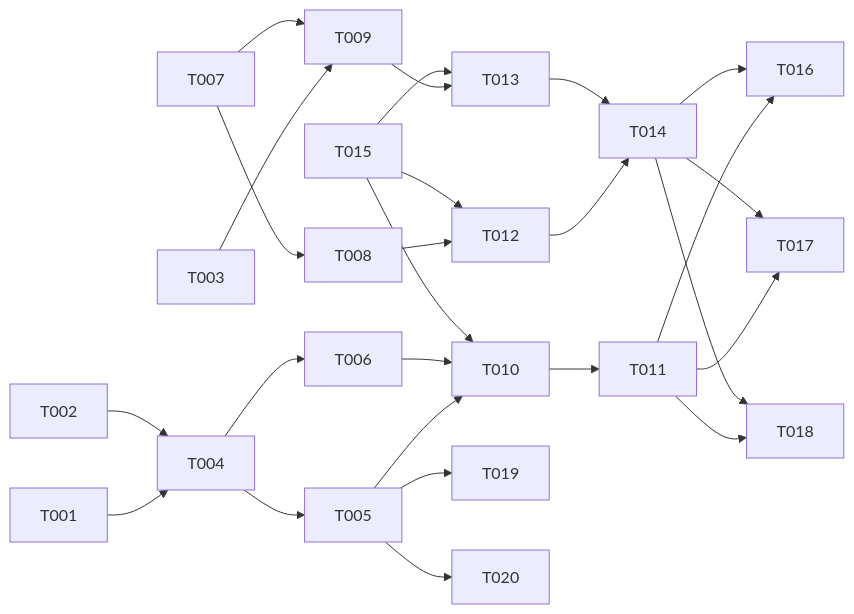
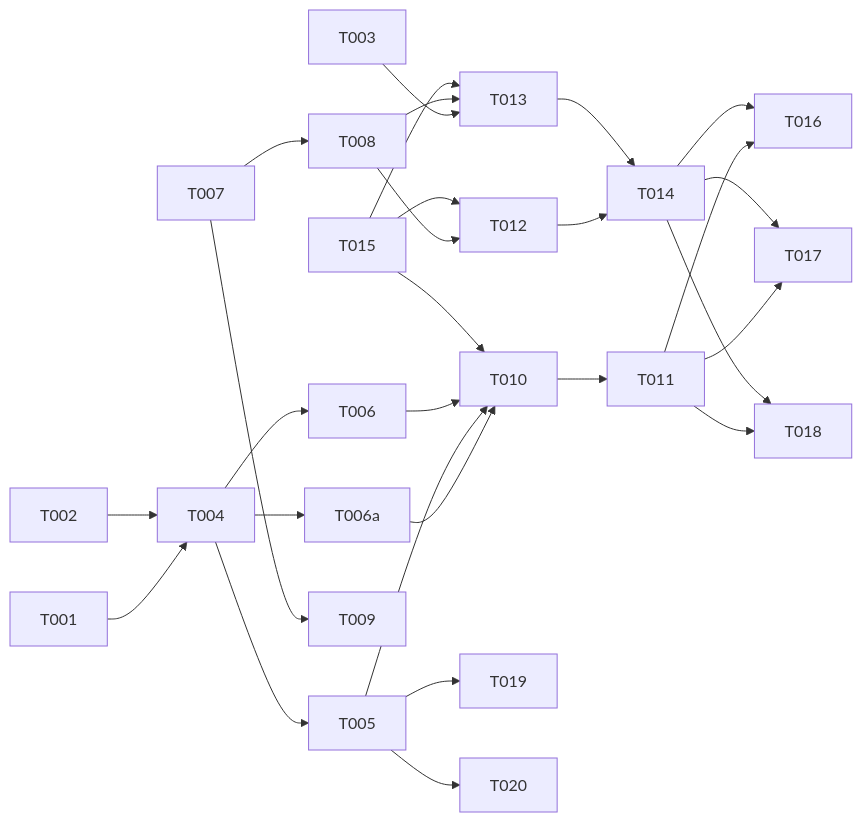
The diagram in specs/018-amnezia-install-completion/tasks.md (UnderUndreGH/undev), drawn with Mermaid before and after one commit. The commit also changed other lines of this file and 27 other files, not shown here.

````diff
--- a/specs/018-amnezia-install-completion/tasks.md
+++ b/specs/018-amnezia-install-completion/tasks.md
@@ -98,25 +100,27 @@
 ```mermaid
 graph LR
     T001 --> T004
     T002 --> T004
-    T003 --> T009
+    T003 --> T013
     T004 --> T005
     T004 --> T006
+    T004 --> T006a
+    T006a --> T010
     T005 --> T010
     T006 --> T010
     T007 --> T008
     T007 --> T009
     T008 --> T012
-    T009 --> T013
+    T008 --> T013
     T010 --> T011
     T012 --> T014
     T013 --> T014
     T015 --> T010
     T015 --> T012
     T015 --> T013
     T011 & T014 --> T016
     T011 & T014 --> T017
     T011 & T014 --> T018
     T005 --> T019
     T005 --> T020
 ```
````
